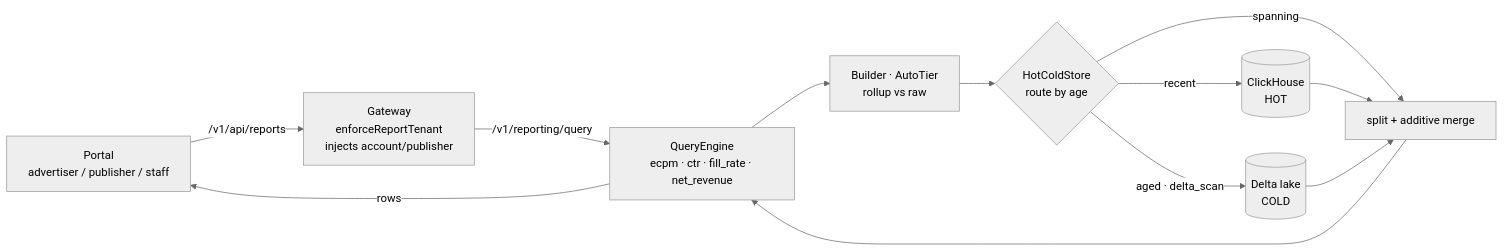
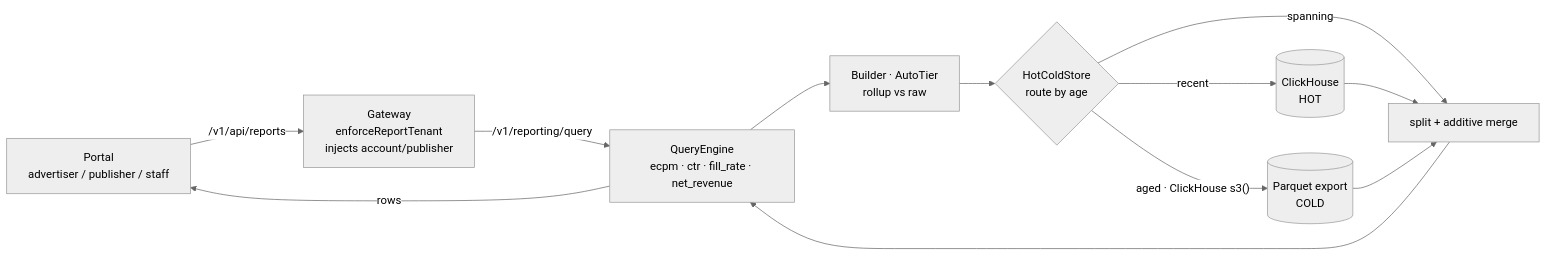
The second of 2 diagrams in web/static/diagrams/data-reporting.md (MichaelJohnWatters/ad-tech-mono), drawn with Mermaid (neutral theme) before and after one commit. The commit also changed other lines of this file and 29 other files, not shown here.

First line of the commit message:
diagrams: redraw for the ClickHouse-only analytics stack (ADR 0006)

````diff
--- a/web/static/diagrams/data-reporting.md
+++ b/web/static/diagrams/data-reporting.md
@@ -34,14 +34,14 @@
 ```mermaid
 flowchart LR
   P[Portal<br/>advertiser / publisher / staff] -->|"/v1/api/reports"| GW[Gateway<br/>enforceReportTenant<br/>injects account/publisher]
   GW -->|"/v1/reporting/query"| ENG[QueryEngine<br/>ecpm · ctr · fill_rate · net_revenue]
   ENG --> BLD[Builder · AutoTier<br/>rollup vs raw]
   BLD --> HC{HotColdStore<br/>route by age}
   HC -->|recent| CH[(ClickHouse<br/>HOT)]
-  HC -->|aged · delta_scan| LAKE[(Delta lake<br/>COLD)]
+  HC -->|"aged · ClickHouse s3()"| LAKE[(Parquet export<br/>COLD)]
   HC -->|spanning| MERGE[split + additive merge]
   CH --> MERGE
   LAKE --> MERGE
   MERGE --> ENG
   ENG -->|rows| P
 ```
````
